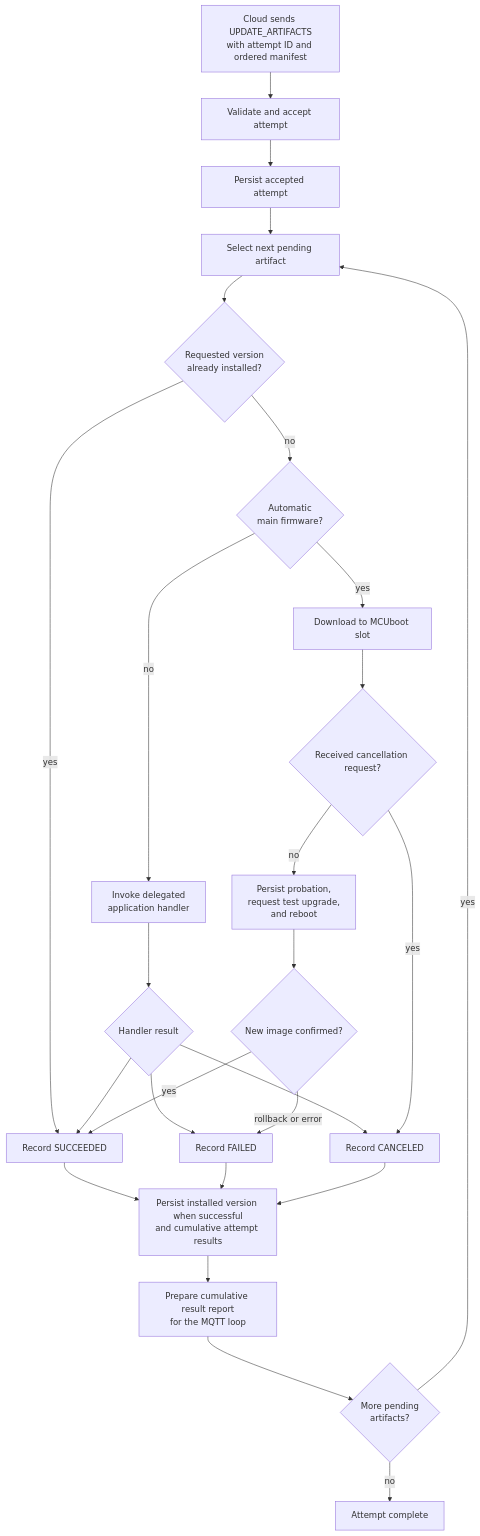
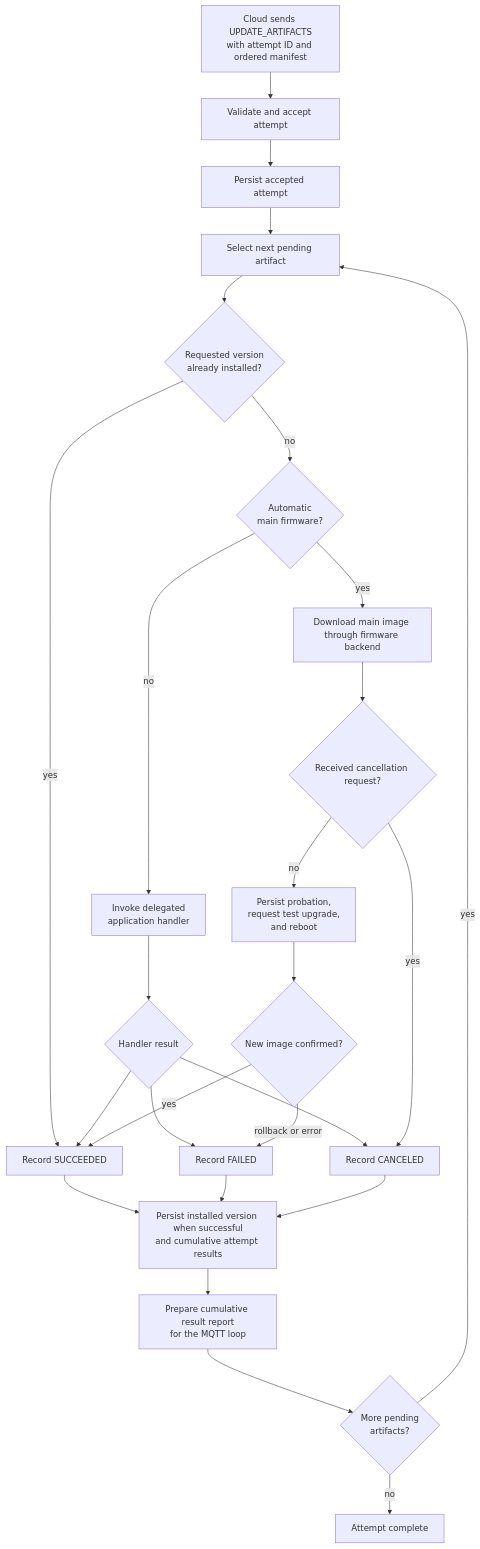
Before and after one commit to spotflow-io/device-sdk: the first of 11 diagrams in zephyr/docs/ota.md, drawn with Mermaid. The commit also changed other lines of this file and 18 other files, not shown here.

````diff
--- a/zephyr/docs/ota.md
+++ b/zephyr/docs/ota.md
@@ -72,38 +75,38 @@
 ```mermaid
 flowchart TD
     cloud["Cloud sends UPDATE_ARTIFACTS<br/>with attempt ID and ordered manifest"]
     accept["Validate and accept attempt"]
     persistAttempt["Persist accepted attempt"]
     next["Select next pending artifact"]
     installed{"Requested version<br/>already installed?"}
     kind{"Automatic<br/>main firmware?"}
     delegated["Invoke delegated<br/>application handler"]
     delegatedResult{"Handler result"}
-    main["Download to MCUboot slot"]
+    main["Download main image through firmware backend"]
     isCanceled{"Received cancellation request?"}
     reboot["Persist probation,<br/>request test upgrade,<br/>and reboot"]
     resolve{"New image confirmed?"}
     succeeded["Record SUCCEEDED"]
     failed["Record FAILED"]
     canceled["Record CANCELED"]
     persistResult["Persist installed version when successful<br/>and cumulative attempt results"]
     report["Prepare cumulative result report<br/>for the MQTT loop"]
     more{"More pending<br/>artifacts?"}
 
     cloud --> accept --> persistAttempt --> next
     next --> installed
     installed -- yes --> succeeded
     installed -- no --> kind
     kind -- no --> delegated --> delegatedResult
     delegatedResult --> succeeded
     delegatedResult --> failed
     delegatedResult --> canceled
     succeeded & failed & canceled --> persistResult
     kind -- yes --> main --> isCanceled -- no --> reboot --> resolve
     isCanceled -- yes --> canceled
     resolve -- yes --> succeeded
     resolve -- rollback or error --> failed
     persistResult --> report --> more
     more -- yes --> next
     more -- no --> done["Attempt complete"]
 ```
````
